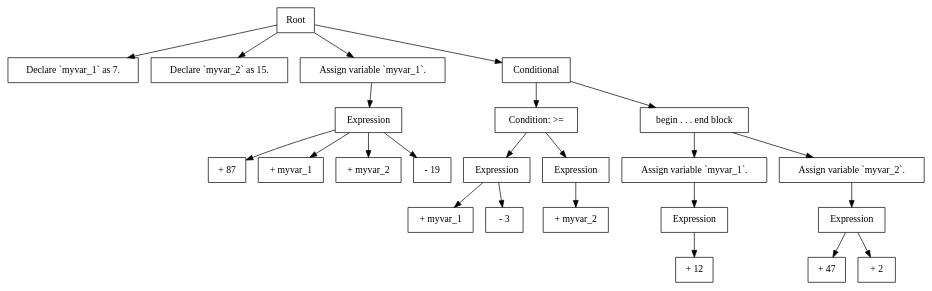
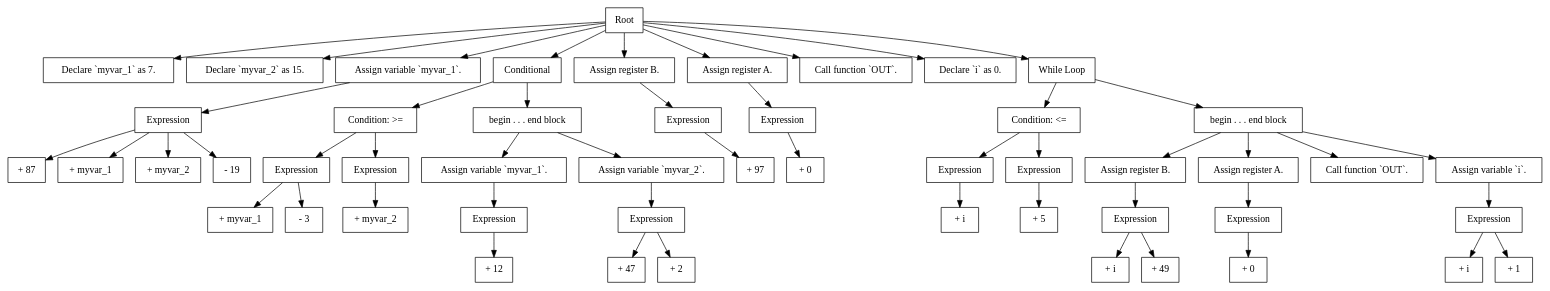
One commit to featherfeet/oliver-risc changed the diagram in toolchain/compiler/build/graph_temp.dot. Above: the diagram before and after it, drawn with Graphviz. The commit also changed 31 other files, not shown here.

```diff
--- a/toolchain/compiler/build/graph_temp.dot
+++ b/toolchain/compiler/build/graph_temp.dot
@@ -1,49 +1,103 @@
 digraph ast {
     "0" [label="Root", shape=box];
     "0_0" [label="Declare `myvar_1` as 7.", shape=box];
     "0" -> "0_0";
     "0_1" [label="Declare `myvar_2` as 15.", shape=box];
     "0" -> "0_1";
     "0_2" [label="Assign variable `myvar_1`.", shape=box];
     "0_2_0" [label="Expression", shape=box];
     "0_2_0_0" [label="+ 87", shape=box];
     "0_2_0" -> "0_2_0_0";
     "0_2_0_1" [label="+ myvar_1", shape=box];
     "0_2_0" -> "0_2_0_1";
     "0_2_0_2" [label="+ myvar_2", shape=box];
     "0_2_0" -> "0_2_0_2";
     "0_2_0_3" [label="- 19", shape=box];
     "0_2_0" -> "0_2_0_3";
     "0_2" -> "0_2_0";
     "0" -> "0_2";
     "0_3" [label="Conditional", shape=box];
     "0_3_0" [label="Condition: >=", shape=box];
     "0_3_0_0" [label="Expression", shape=box];
     "0_3_0_0_0" [label="+ myvar_1", shape=box];
     "0_3_0_0" -> "0_3_0_0_0";
     "0_3_0_0_1" [label="- 3", shape=box];
     "0_3_0_0" -> "0_3_0_0_1";
     "0_3_0" -> "0_3_0_0";
     "0_3_0_1" [label="Expression", shape=box];
     "0_3_0_1_0" [label="+ myvar_2", shape=box];
     "0_3_0_1" -> "0_3_0_1_0";
     "0_3_0" -> "0_3_0_1";
     "0_3" -> "0_3_0";
     "0_3_1" [label="begin . . . end block", shape=box];
     "0_3_1_0" [label="Assign variable `myvar_1`.", shape=box];
     "0_3_1_0_0" [label="Expression", shape=box];
     "0_3_1_0_0_0" [label="+ 12", shape=box];
     "0_3_1_0_0" -> "0_3_1_0_0_0";
     "0_3_1_0" -> "0_3_1_0_0";
     "0_3_1" -> "0_3_1_0";
     "0_3_1_1" [label="Assign variable `myvar_2`.", shape=box];
     "0_3_1_1_0" [label="Expression", shape=box];
     "0_3_1_1_0_0" [label="+ 47", shape=box];
     "0_3_1_1_0" -> "0_3_1_1_0_0";
     "0_3_1_1_0_1" [label="+ 2", shape=box];
     "0_3_1_1_0" -> "0_3_1_1_0_1";
     "0_3_1_1" -> "0_3_1_1_0";
     "0_3_1" -> "0_3_1_1";
     "0_3" -> "0_3_1";
     "0" -> "0_3";
+    "0_4" [label="Assign register B.", shape=box];
+    "0_4_0" [label="Expression", shape=box];
+    "0_4_0_0" [label="+ 97", shape=box];
+    "0_4_0" -> "0_4_0_0";
+    "0_4" -> "0_4_0";
+    "0" -> "0_4";
+    "0_5" [label="Assign register A.", shape=box];
+    "0_5_0" [label="Expression", shape=box];
+    "0_5_0_0" [label="+ 0", shape=box];
+    "0_5_0" -> "0_5_0_0";
+    "0_5" -> "0_5_0";
+    "0" -> "0_5";
+    "0_6" [label="Call function `OUT`.", shape=box];
+    "0" -> "0_6";
+    "0_7" [label="Declare `i` as 0.", shape=box];
+    "0" -> "0_7";
+    "0_8" [label="While Loop", shape=box];
+    "0_8_0" [label="Condition: <=", shape=box];
+    "0_8_0_0" [label="Expression", shape=box];
+    "0_8_0_0_0" [label="+ i", shape=box];
+    "0_8_0_0" -> "0_8_0_0_0";
+    "0_8_0" -> "0_8_0_0";
+    "0_8_0_1" [label="Expression", shape=box];
+    "0_8_0_1_0" [label="+ 5", shape=box];
+    "0_8_0_1" -> "0_8_0_1_0";
+    "0_8_0" -> "0_8_0_1";
+    "0_8" -> "0_8_0";
+    "0_8_1" [label="begin . . . end block", shape=box];
+    "0_8_1_0" [label="Assign register B.", shape=box];
+    "0_8_1_0_0" [label="Expression", shape=box];
+    "0_8_1_0_0_0" [label="+ i", shape=box];
+    "0_8_1_0_0" -> "0_8_1_0_0_0";
+    "0_8_1_0_0_1" [label="+ 49", shape=box];
+    "0_8_1_0_0" -> "0_8_1_0_0_1";
+    "0_8_1_0" -> "0_8_1_0_0";
+    "0_8_1" -> "0_8_1_0";
+    "0_8_1_1" [label="Assign register A.", shape=box];
+    "0_8_1_1_0" [label="Expression", shape=box];
+    "0_8_1_1_0_0" [label="+ 0", shape=box];
+    "0_8_1_1_0" -> "0_8_1_1_0_0";
+    "0_8_1_1" -> "0_8_1_1_0";
+    "0_8_1" -> "0_8_1_1";
+    "0_8_1_2" [label="Call function `OUT`.", shape=box];
+    "0_8_1" -> "0_8_1_2";
+    "0_8_1_3" [label="Assign variable `i`.", shape=box];
+    "0_8_1_3_0" [label="Expression", shape=box];
+    "0_8_1_3_0_0" [label="+ i", shape=box];
+    "0_8_1_3_0" -> "0_8_1_3_0_0";
+    "0_8_1_3_0_1" [label="+ 1", shape=box];
+    "0_8_1_3_0" -> "0_8_1_3_0_1";
+    "0_8_1_3" -> "0_8_1_3_0";
+    "0_8_1" -> "0_8_1_3";
+    "0_8" -> "0_8_1";
+    "0" -> "0_8";
 }
```
